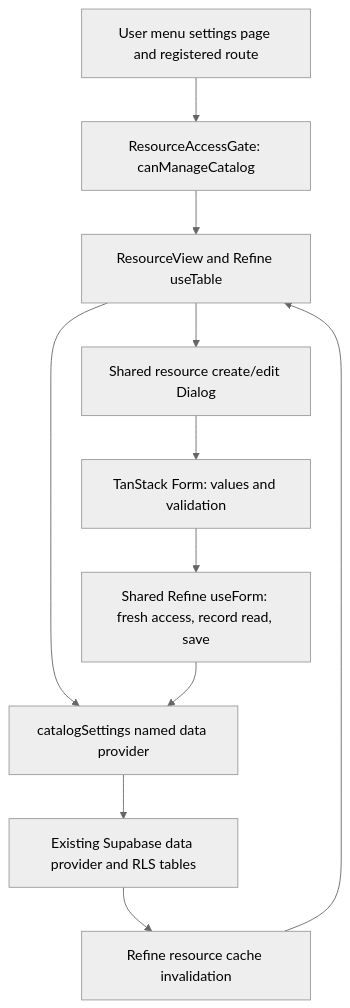
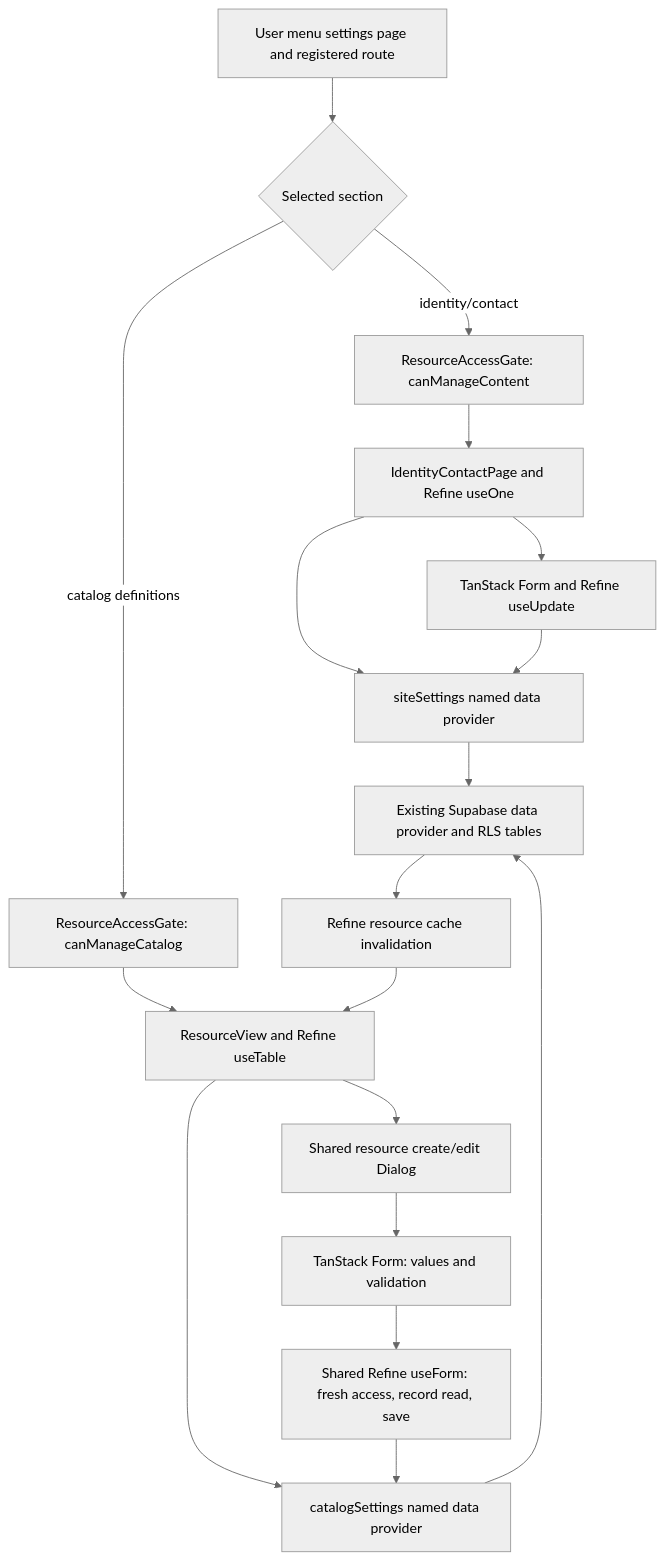
Before and after one commit to TechBokra/Alrehla_T: the diagram in admin/doc/catalog-settings.md, drawn with Mermaid (neutral theme). The commit also changed other lines of this file and 32 other files, not shown here.

Commit message:
refactor: reorganize settings into domain features and add identity/contact settings

````diff
--- a/admin/doc/catalog-settings.md
+++ b/admin/doc/catalog-settings.md
@@ -45,13 +46,20 @@
 ```mermaid
 flowchart TD
-  Nav[User menu settings page and registered route] --> Gate[ResourceAccessGate: canManageCatalog]
-  Gate --> List[ResourceView and Refine useTable]
+  Nav[User menu settings page and registered route] --> Gate{Selected section}
+  Gate -->|identity/contact| ContentGate[ResourceAccessGate: canManageContent]
+  Gate -->|catalog definitions| CatalogGate[ResourceAccessGate: canManageCatalog]
+  ContentGate --> Identity[IdentityContactPage and Refine useOne]
+  Identity --> SiteProvider[siteSettings named data provider]
+  SiteProvider --> DB[Existing Supabase settings row and RLS]
+  Identity --> ContactForm[TanStack Form and Refine useUpdate]
+  ContactForm --> SiteProvider
+  CatalogGate --> List[ResourceView and Refine useTable]
   List --> Provider[catalogSettings named data provider]
   List --> Dialog[Shared resource create/edit Dialog]
   Dialog --> Form[TanStack Form: values and validation]
   Form --> Crud[Shared Refine useForm: fresh access, record read, save]
   Crud --> Provider
   Provider --> DB[Existing Supabase data provider and RLS tables]
   DB --> Cache[Refine resource cache invalidation]
   Cache --> List
 ```
````
